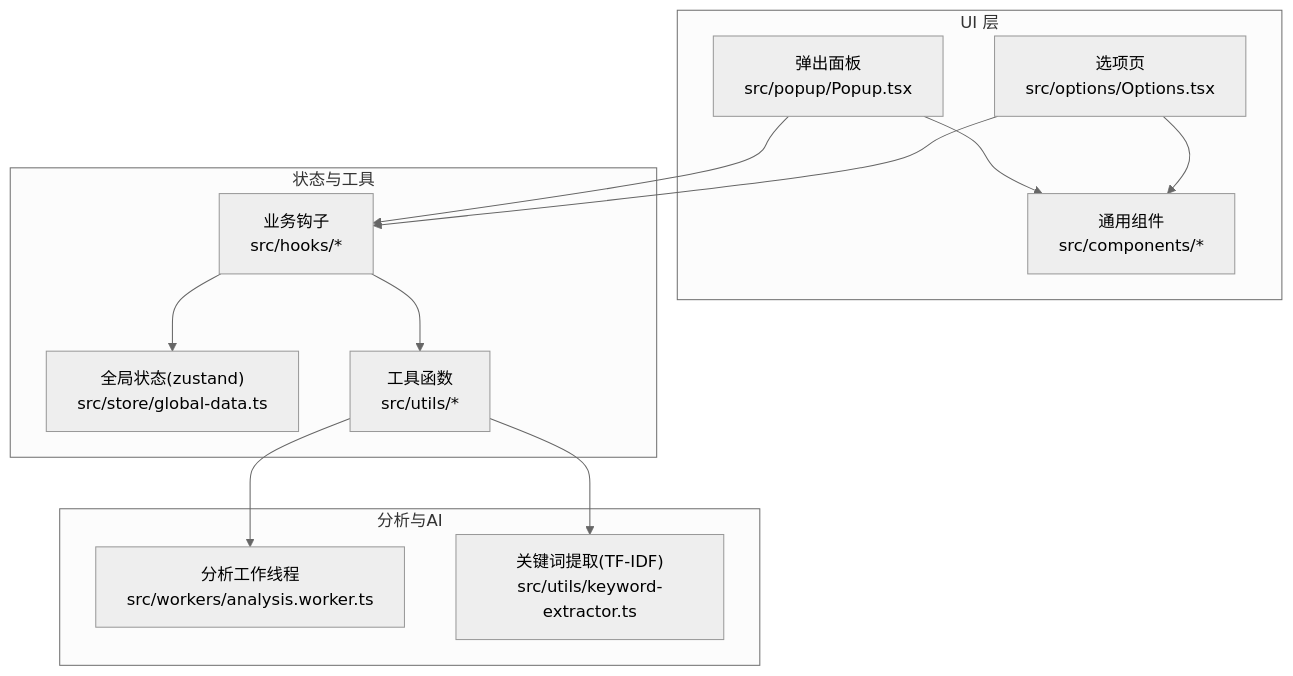
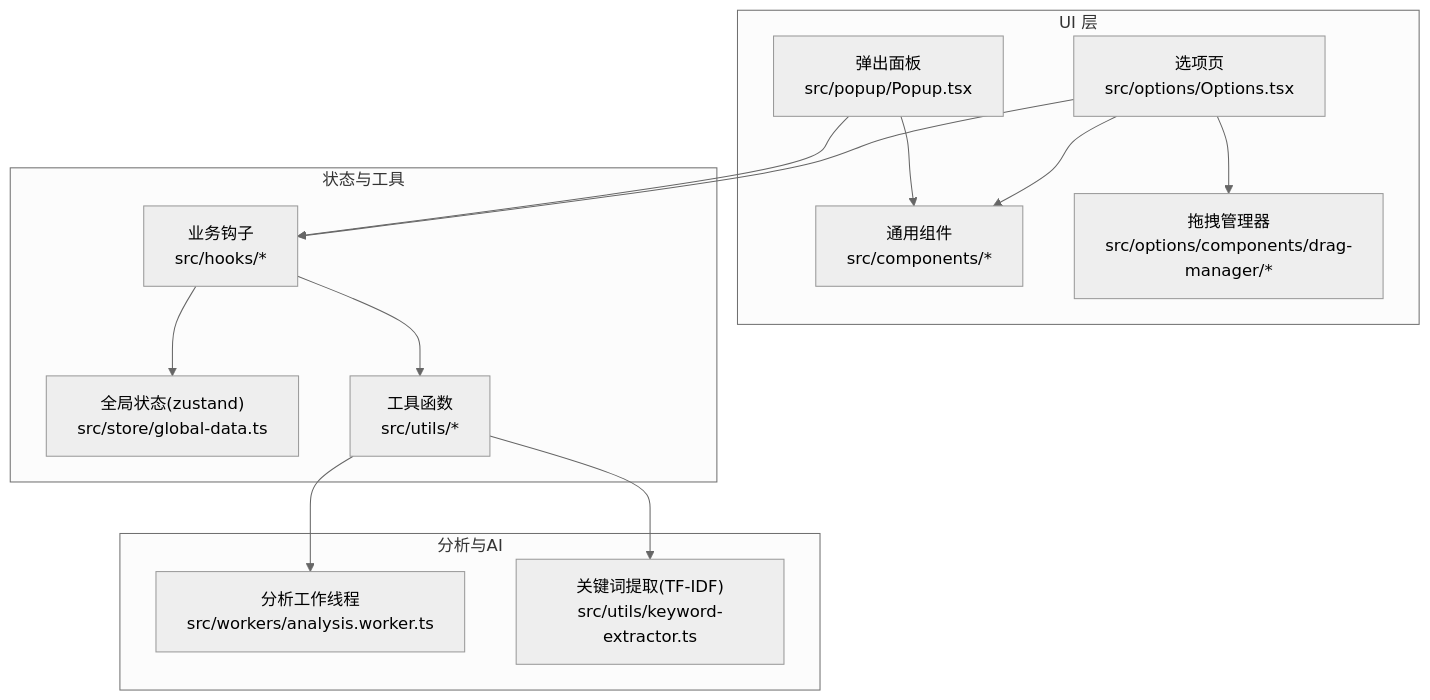
The first of 8 diagrams in .qoder/repowiki/zh/content/核心功能模块/核心功能模块.md (RadiumAg/bilibili-favorites), drawn with Mermaid (neutral theme) before and after one commit. The commit also changed other lines of this file and 5 other files, not shown here.

````diff
--- a/.qoder/repowiki/zh/content/核心功能模块/核心功能模块.md
+++ b/.qoder/repowiki/zh/content/核心功能模块/核心功能模块.md
@@ -45,25 +58,27 @@
 ```mermaid
 graph TB
 subgraph "UI 层"
 Popup["弹出面板<br/>src/popup/Popup.tsx"]
 Options["选项页<br/>src/options/Options.tsx"]
 Components["通用组件<br/>src/components/*"]
+DragManager["拖拽管理器<br/>src/options/components/drag-manager/*"]
 end
 subgraph "状态与工具"
 Store["全局状态(zustand)<br/>src/store/global-data.ts"]
 Hooks["业务钩子<br/>src/hooks/*"]
 Utils["工具函数<br/>src/utils/*"]
 end
 subgraph "分析与AI"
 Worker["分析工作线程<br/>src/workers/analysis.worker.ts"]
 KeywordExtractor["关键词提取(TF-IDF)<br/>src/utils/keyword-extractor.ts"]
 end
 Popup --> Components
 Options --> Components
+Options --> DragManager
 Popup --> Hooks
 Options --> Hooks
 Hooks --> Store
 Hooks --> Utils
 Utils --> Worker
 Utils --> KeywordExtractor
 ```
````
